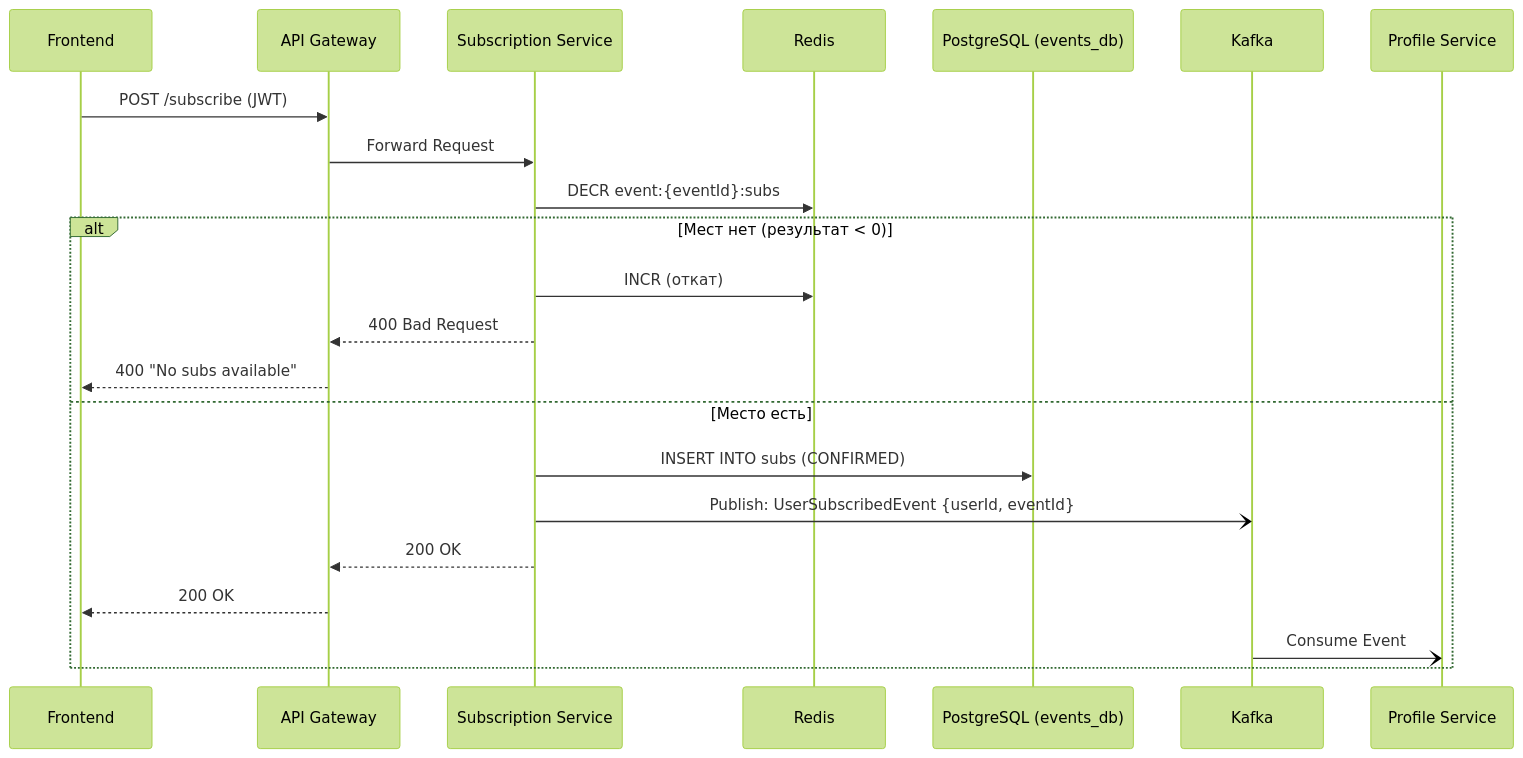
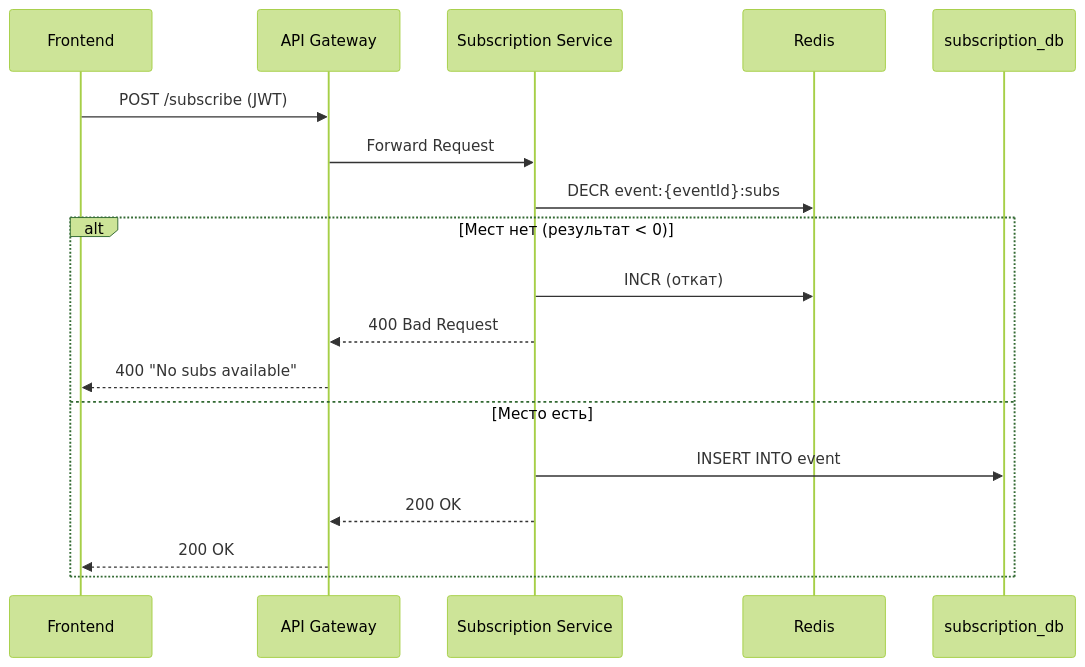
The fourth of 6 diagrams in README.md (NewRecon/sport-point-api), drawn with Mermaid (forest theme) before and after one commit. The commit also changed other lines of this file and 31 other files, not shown here.

````diff
--- a/README.md
+++ b/README.md
@@ -206,25 +198,21 @@
 ```mermaid
 sequenceDiagram
     participant C as Frontend
     participant GW as API Gateway
     participant SS as Subscription Service
     participant R as Redis
-    participant DB as PostgreSQL (events_db)
-    participant K as Kafka
-    participant PS as Profile Service
+    participant DB as subscription_db
 
     C->>GW: POST /subscribe (JWT)
     GW->>SS: Forward Request
     SS->>R: DECR event:{eventId}:subs
     alt Мест нет (результат < 0)
         SS->>R: INCR (откат)
         SS-->>GW: 400 Bad Request
         GW-->>C: 400 "No subs available"
     else Место есть
-        SS->>DB: INSERT INTO subs (CONFIRMED)
-        SS-)K: Publish: UserSubscribedEvent {userId, eventId}
+        SS->>DB: INSERT INTO event
         SS-->>GW: 200 OK
         GW-->>C: 200 OK
-        K-)PS: Consume Event
     end
 ```
````
